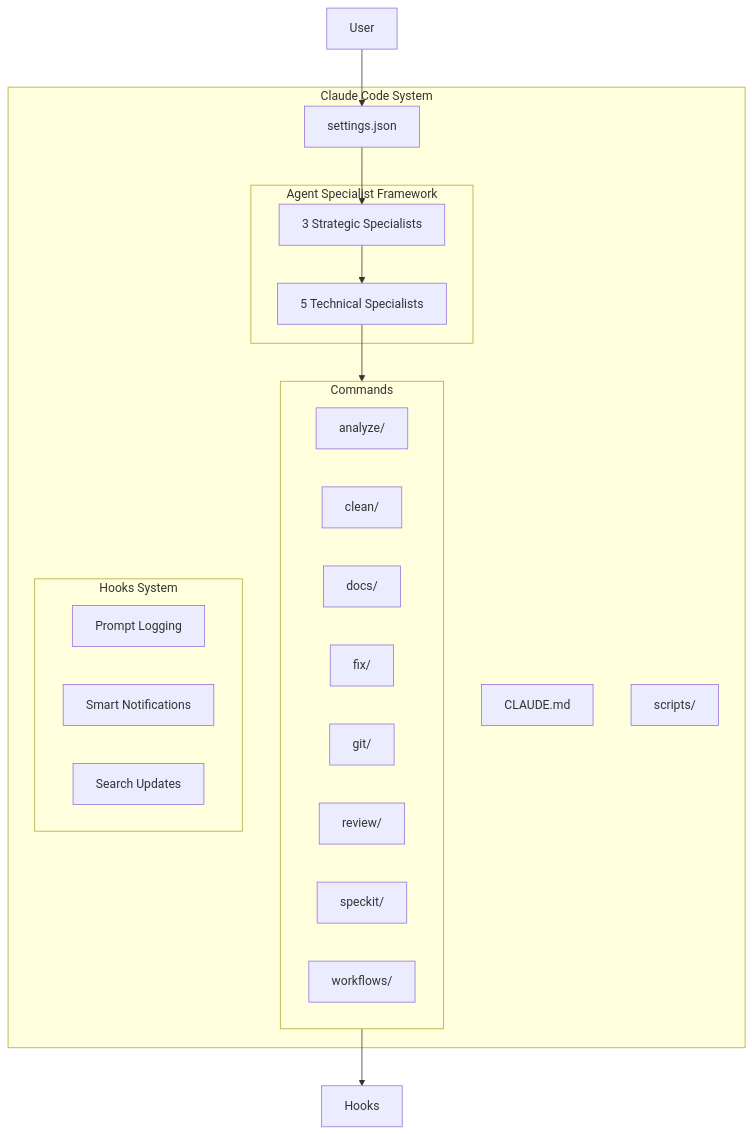
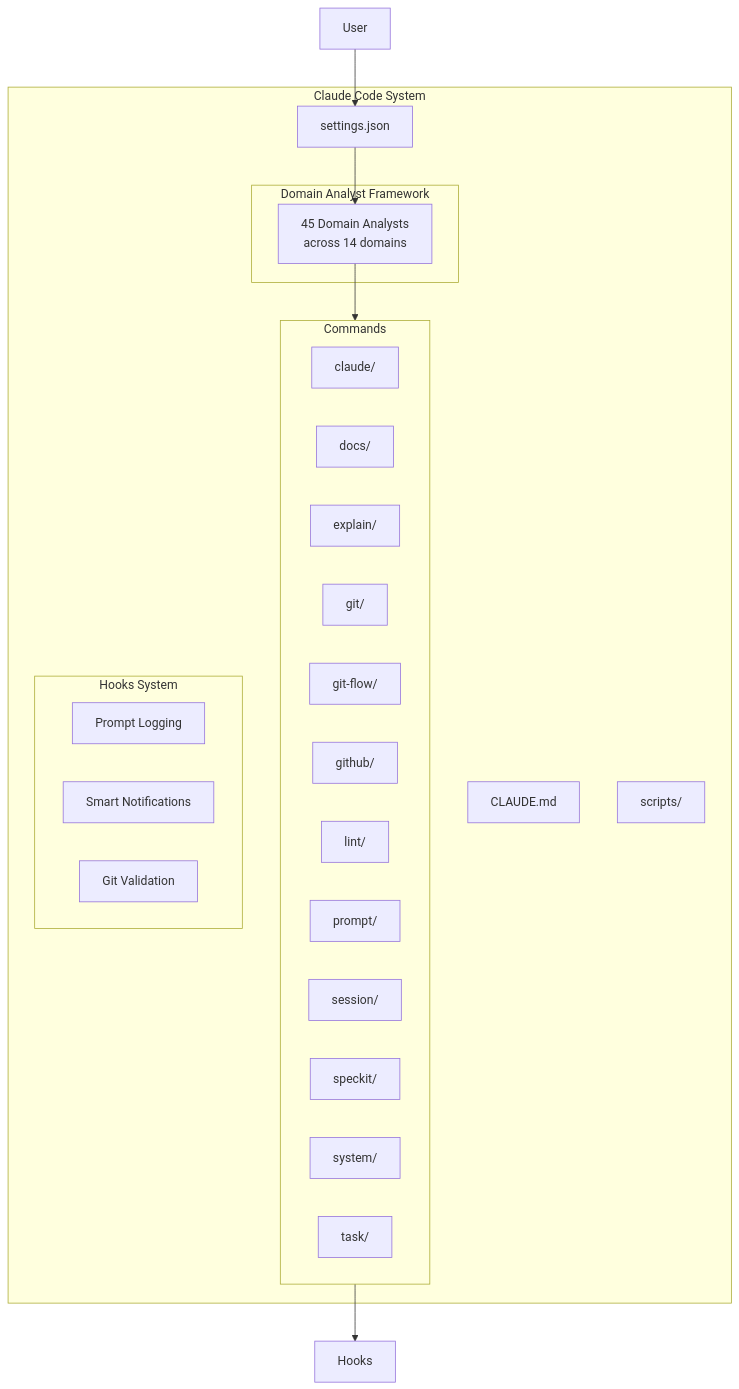
Before and after one commit to thomasholknielsen/claude-code-config: the diagram in docs/developer/developer-guide.md, drawn with Mermaid. The commit also changed other lines of this file and 127 other files, not shown here.

First line of the commit message:
fix: resolve pre-commit review findings and rename compliance agent (#26)

````diff
--- a/docs/developer/developer-guide.md
+++ b/docs/developer/developer-guide.md
@@ -10,36 +10,38 @@
 ```mermaid
 graph TB
     subgraph "Claude Code System"
         Settings[settings.json]
         Claude[CLAUDE.md]
         Scripts[scripts/]
 
-        subgraph "Agent Specialist Framework"
-            AnalysisSpecialists[3 Strategic Specialists]
-            ExecutionSpecialists[5 Technical Specialists]
+        subgraph "Domain Analyst Framework"
+            DomainAnalysts[45 Domain Analysts<br/>across 14 domains]
         end
 
         subgraph "Commands"
-            Analyze[analyze/]
-            Clean[clean/]
-            Docs[docs/]
-            Fix[fix/]
-            Git[git/]
-            Review[review/]
-            SpecKit[speckit/]
-            Workflows[workflows/]
+            Claude_Cmd[claude/]
+            Docs_Cmd[docs/]
+            Explain_Cmd[explain/]
+            Git_Cmd[git/]
+            GitFlow_Cmd[git-flow/]
+            GitHub_Cmd[github/]
+            Lint_Cmd[lint/]
+            Prompt_Cmd[prompt/]
+            Session_Cmd[session/]
+            SpecKit_Cmd[speckit/]
+            System_Cmd[system/]
+            Task_Cmd[task/]
         end
 
         subgraph "Hooks System"
             PromptLog[Prompt Logging]
             Notifications[Smart Notifications]
-            SearchUpdate[Search Updates]
+            GitValidation[Git Validation]
         end
     end
 
     User --> Settings
-    Settings --> AnalysisSpecialists
-    AnalysisSpecialists --> ExecutionSpecialists
-    ExecutionSpecialists --> Commands
+    Settings --> DomainAnalysts
+    DomainAnalysts --> Commands
     Commands --> Hooks
 ```
````
